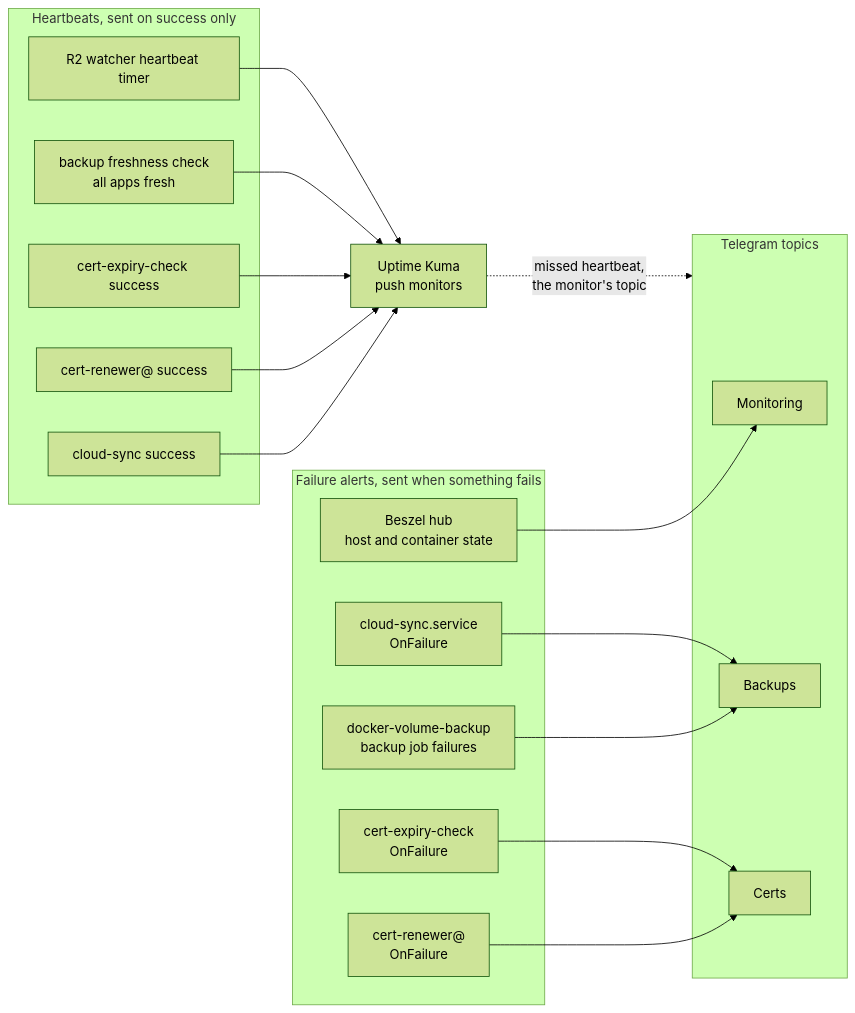
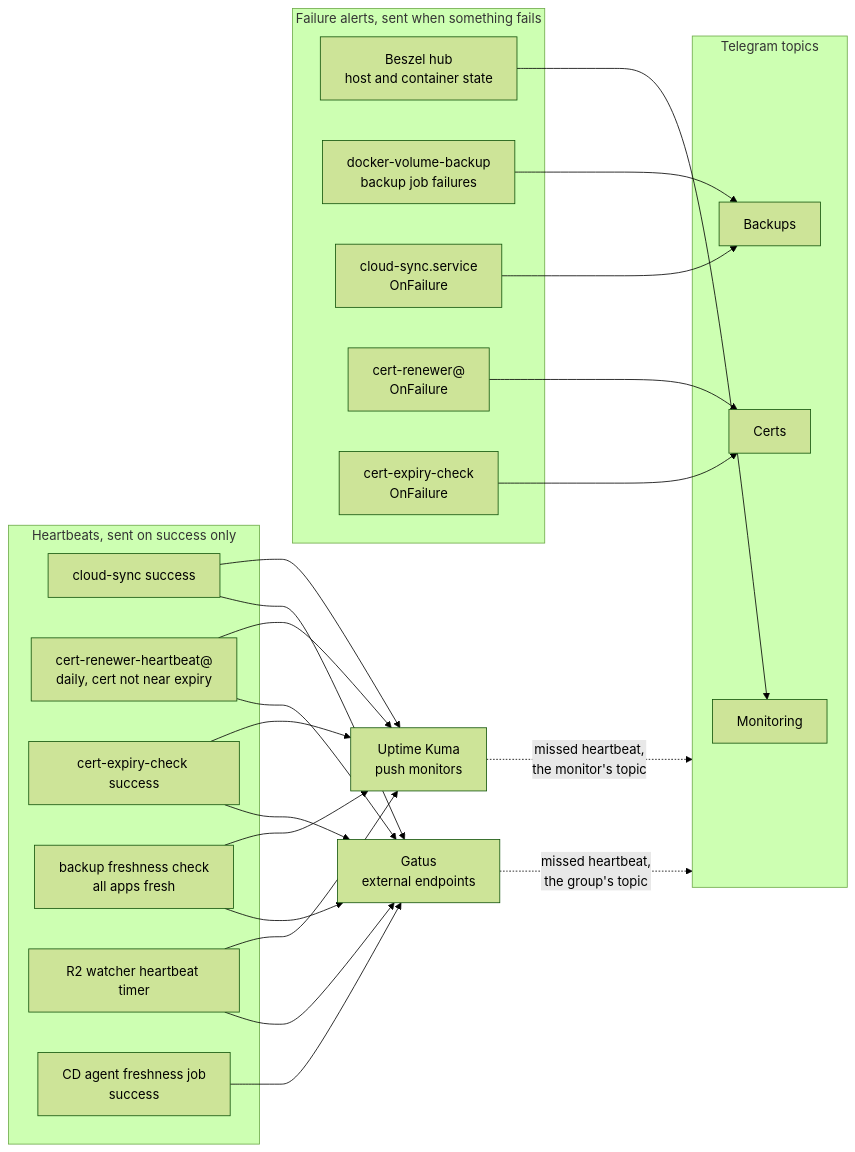
The diagram in docs/architecture/alerting-and-heartbeat-flow.md (wenenhoe/homelab), drawn with Mermaid (forest theme) before and after one commit. The commit also changed other lines of this file and 14 other files, not shown here.

First line of the commit message:
feat(gatus): push a daily liveness heartbeat for each cert renewer

````diff
--- a/docs/architecture/alerting-and-heartbeat-flow.md
+++ b/docs/architecture/alerting-and-heartbeat-flow.md
@@ -9,39 +9,44 @@
 ```mermaid
 flowchart LR
     subgraph sources["Failure alerts, sent when something fails"]
         beszel["Beszel hub<br/>host and container state"]
         dvb["docker-volume-backup<br/>backup job failures"]
         sync["cloud-sync.service<br/>OnFailure"]
         renew["cert-renewer@<br/>OnFailure"]
         expiry["cert-expiry-check<br/>OnFailure"]
     end
 
     subgraph push["Heartbeats, sent on success only"]
         psync["cloud-sync success"]
-        prenew["cert-renewer@ success"]
+        prenew["cert-renewer-heartbeat@<br/>daily, cert not near expiry"]
         pexpiry["cert-expiry-check success"]
         pfresh["backup freshness check<br/>all apps fresh"]
         pwatch["R2 watcher heartbeat timer"]
+        pcd["CD agent freshness job<br/>success"]
     end
 
     kuma["Uptime Kuma<br/>push monitors"]
+    gatus["Gatus<br/>external endpoints"]
 
     subgraph topics["Telegram topics"]
         monitoring["Monitoring"]
         backups["Backups"]
         certs["Certs"]
     end
 
     beszel --> monitoring
     dvb --> backups
     sync --> backups
     renew --> certs
     expiry --> certs
 
     psync --> kuma
     prenew --> kuma
     pexpiry --> kuma
     pfresh --> kuma
     pwatch --> kuma
+    pcd --> gatus
+    psync & prenew & pexpiry & pfresh & pwatch --> gatus
     kuma -. "missed heartbeat,<br/>the monitor's topic" .-> topics
+    gatus -. "missed heartbeat,<br/>the group's topic" .-> topics
 ```
````
